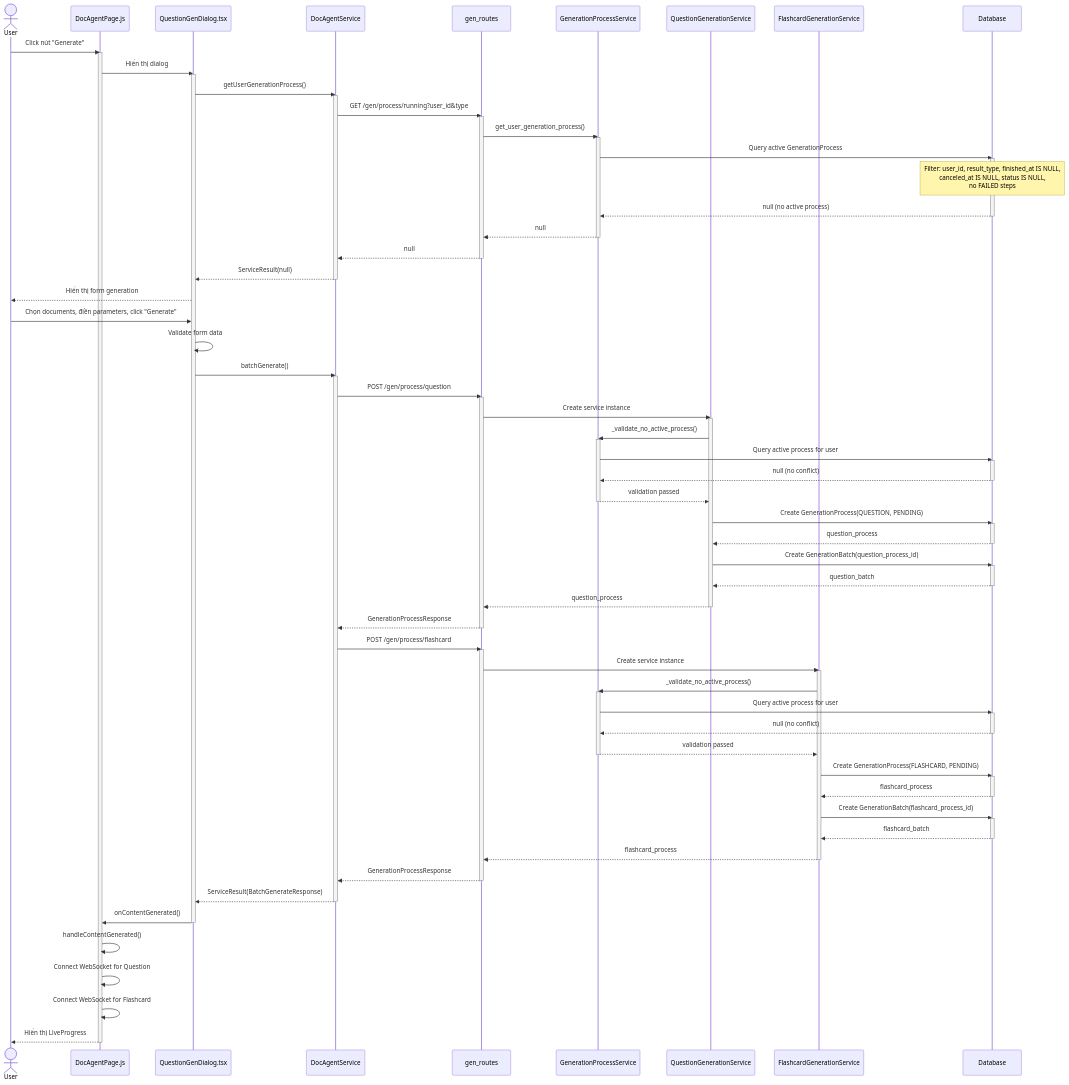
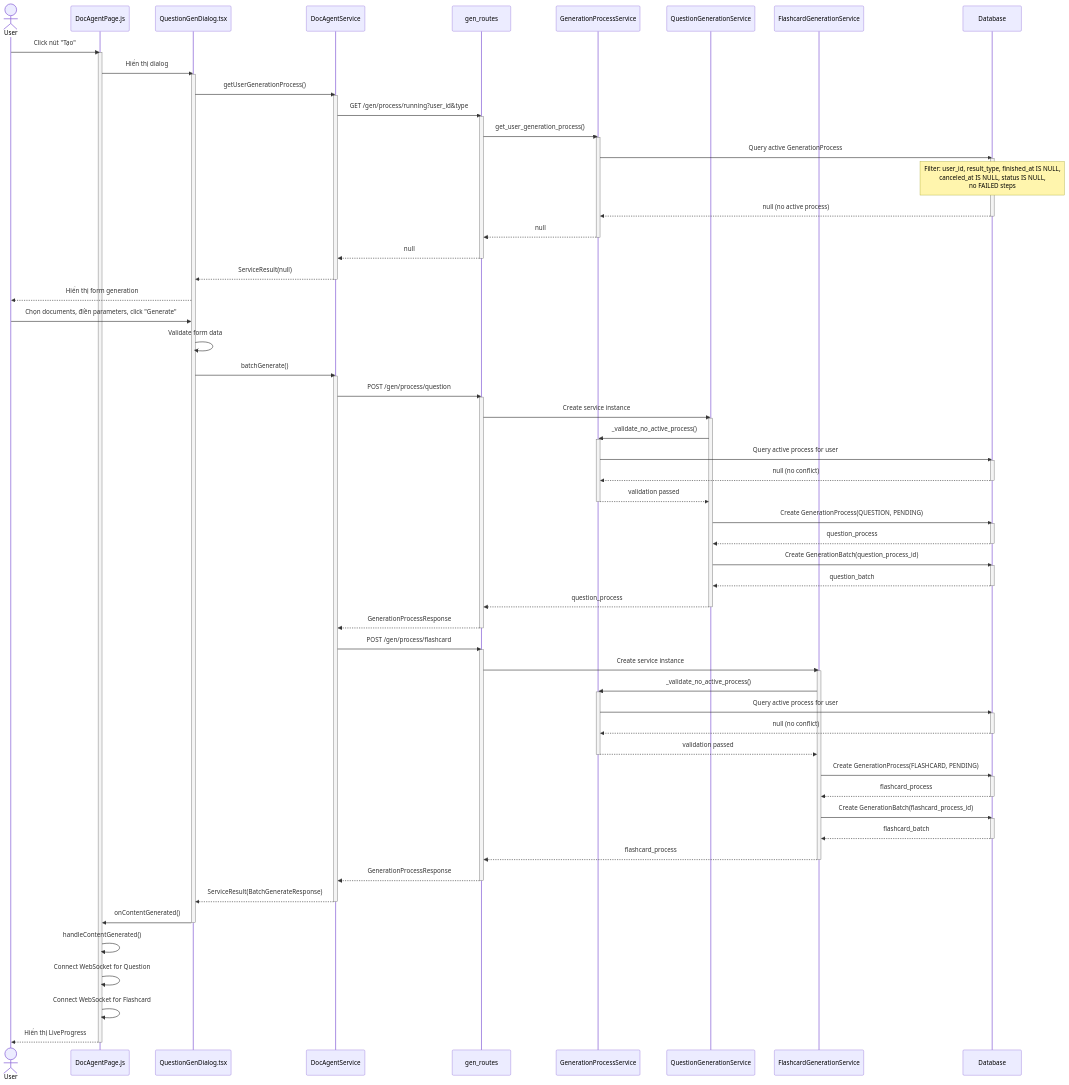
The first of 12 diagrams in generation/4_generation_batch_seq.md (mduc-2610/gp_doc), drawn with Mermaid before and after one commit. The commit also changed 13 other files, not shown here.

```diff
--- a/generation/4_generation_batch_seq.md
+++ b/generation/4_generation_batch_seq.md
@@ -14,7 +14,7 @@
     participant FlashcardGenService as FlashcardGenerationService
     participant DB as Database
 
-    User->>DocAgentPage: Click nút "Generate"
+    User->>DocAgentPage: Click nút "Tạo"
     activate DocAgentPage
     DocAgentPage->>QuestionGenDialog: Hiển thị dialog
     activate QuestionGenDialog
```
